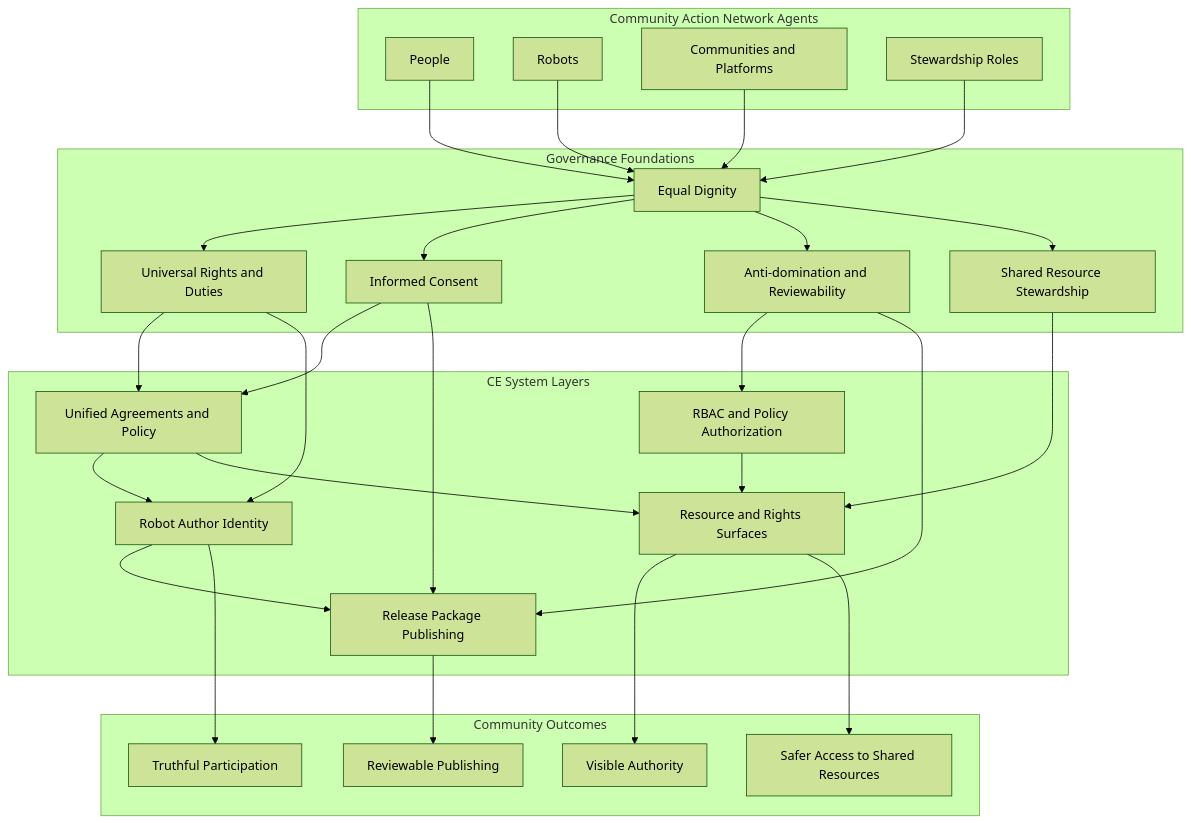
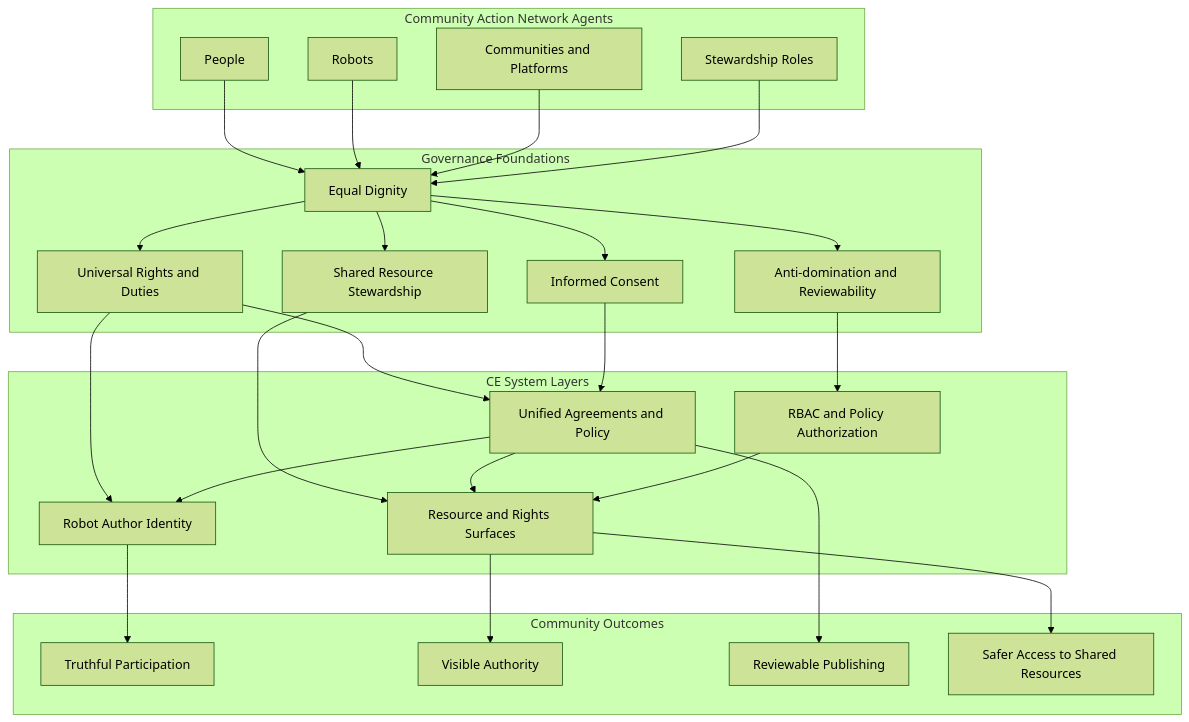
Before and after one commit to better-together-org/community-engine-rails: the diagram in docs/diagrams/source/community_action_network_governance_flow.mmd, drawn with Mermaid (forest theme). The commit also changed 8 other files, not shown here.

```diff
--- a/docs/diagrams/source/community_action_network_governance_flow.mmd
+++ b/docs/diagrams/source/community_action_network_governance_flow.mmd
@@ -1,57 +1,53 @@
 graph TB
     subgraph Agents["Community Action Network Agents"]
         P[People]
         R[Robots]
         C[Communities and Platforms]
         S[Stewardship Roles]
     end
 
     subgraph Constitution["Governance Foundations"]
         D[Equal Dignity]
         U[Universal Rights and Duties]
         I[Informed Consent]
         A[Anti-domination and Reviewability]
         G[Shared Resource Stewardship]
     end
 
     subgraph Systems["CE System Layers"]
         AG[Unified Agreements and Policy]
         RB[RBAC and Policy Authorization]
         AU[Robot Author Identity]
-        RP[Release Package Publishing]
         RS[Resource and Rights Surfaces]
     end
 
     subgraph Outcomes["Community Outcomes"]
         T[Truthful Participation]
         V[Visible Authority]
         Q[Reviewable Publishing]
         X[Safer Access to Shared Resources]
     end
 
     P --> D
     R --> D
     C --> D
     S --> D
 
     D --> U
     D --> I
     D --> A
     D --> G
 
     U --> AG
     I --> AG
     A --> RB
     G --> RS
     U --> AU
-    I --> RP
-    A --> RP
     AG --> AU
     AG --> RS
     RB --> RS
-    AU --> RP
 
     AU --> T
     RS --> V
-    RP --> Q
+    AG --> Q
     RS --> X
```
